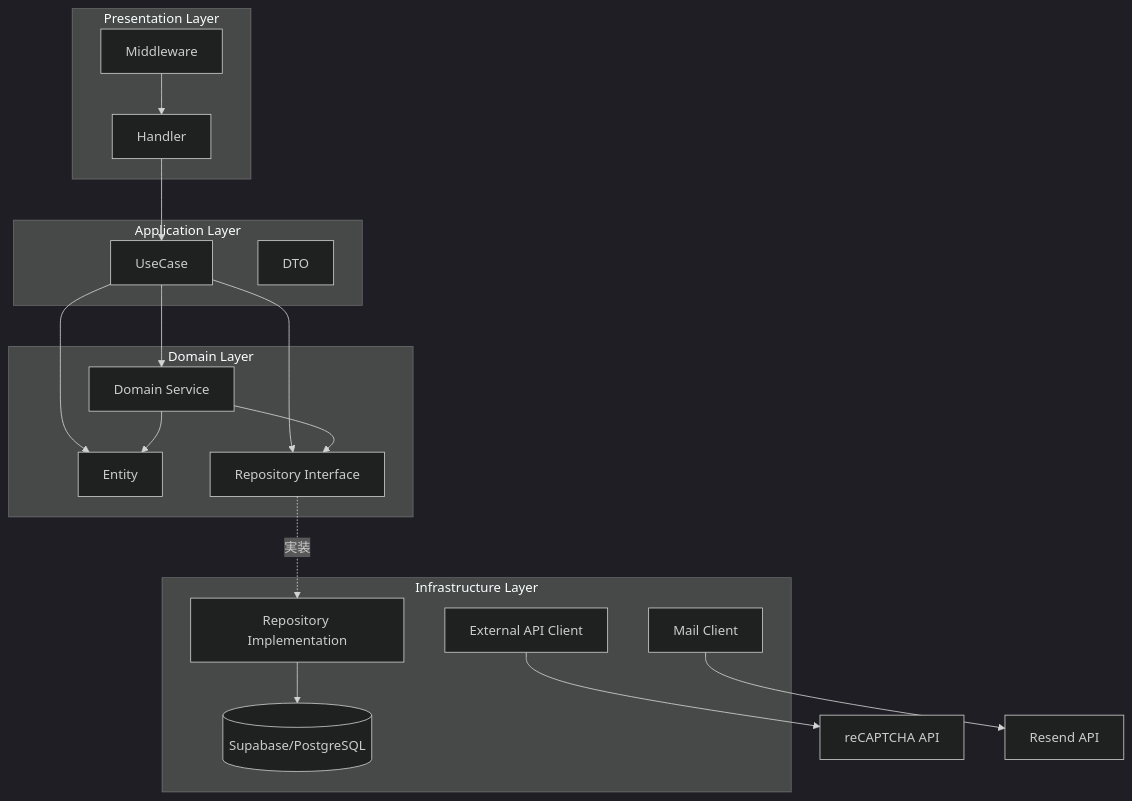
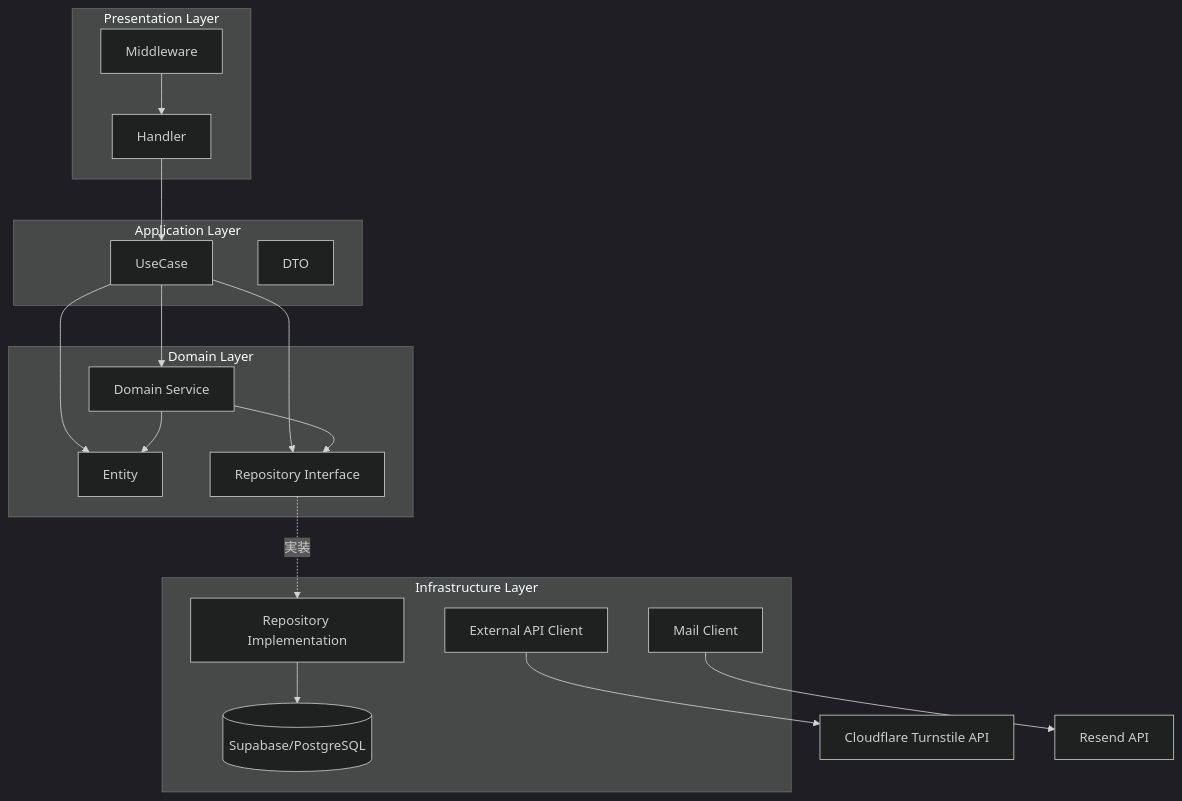
The first of 3 diagrams in docs/architecture.md (cergijame101007/satehits), drawn with Mermaid (dark theme) before and after one commit. The commit also changed other lines of this file and 11 other files, not shown here.

````diff
--- a/docs/architecture.md
+++ b/docs/architecture.md
@@ -140,37 +160,37 @@
 ```mermaid
 graph TB
     subgraph Presentation Layer
         Handler[Handler]
         Middleware[Middleware]
     end
 
     subgraph Application Layer
         UseCase[UseCase]
         DTO[DTO]
     end
 
     subgraph Domain Layer
         Entity[Entity]
         DomainService[Domain Service]
         RepoInterface[Repository Interface]
     end
 
     subgraph Infrastructure Layer
         RepoImpl[Repository Implementation]
         ExternalAPI[External API Client]
         MailClient[Mail Client]
         DB[(Supabase/PostgreSQL)]
     end
 
     Handler --> UseCase
     Middleware --> Handler
     UseCase --> DomainService
     UseCase --> RepoInterface
     UseCase --> Entity
     DomainService --> Entity
     DomainService --> RepoInterface
     RepoInterface -.->|実装| RepoImpl
     RepoImpl --> DB
-    ExternalAPI --> reCAPTCHA[reCAPTCHA API]
+    ExternalAPI --> Turnstile[Cloudflare Turnstile API]
     MailClient --> ResendAPI[Resend API]
 ```
````
